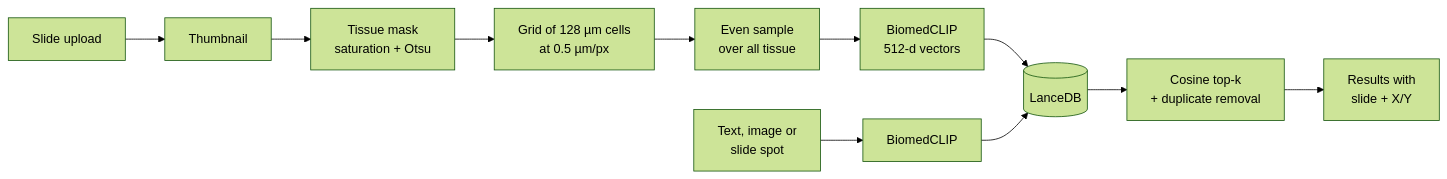
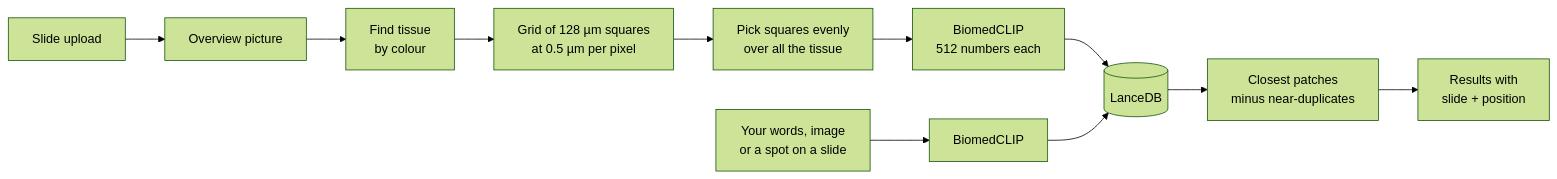
The diagram in README.md (kishan705/PathoSearch), drawn with Mermaid (forest theme) before and after one commit. The commit also changed other lines of this file, not shown here.

````diff
--- a/README.md
+++ b/README.md
@@ -119,13 +181,13 @@
 ```mermaid
 flowchart LR
-    A[Slide upload] --> B[Thumbnail]
-    B --> C[Tissue mask<br/>saturation + Otsu]
-    C --> D[Grid of 128 µm cells<br/>at 0.5 µm/px]
-    D --> E[Even sample<br/>over all tissue]
-    E --> F[BiomedCLIP<br/>512-d vectors]
+    A[Slide upload] --> B[Overview picture]
+    B --> C[Find tissue<br/>by colour]
+    C --> D[Grid of 128 µm squares<br/>at 0.5 µm per pixel]
+    D --> E[Pick squares evenly<br/>over all the tissue]
+    E --> F[BiomedCLIP<br/>512 numbers each]
     F --> G[(LanceDB)]
-    Q[Text, image or<br/>slide spot] --> H[BiomedCLIP]
+    Q[Your words, image<br/>or a spot on a slide] --> H[BiomedCLIP]
     H --> G
-    G --> I[Cosine top-k<br/>+ duplicate removal]
-    I --> R[Results with<br/>slide + X/Y]
+    G --> I[Closest patches<br/>minus near-duplicates]
+    I --> R[Results with<br/>slide + position]
 ```
````
